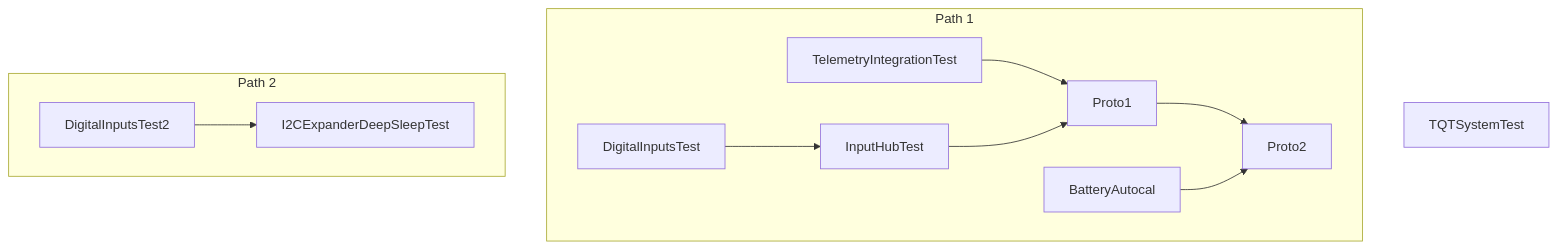
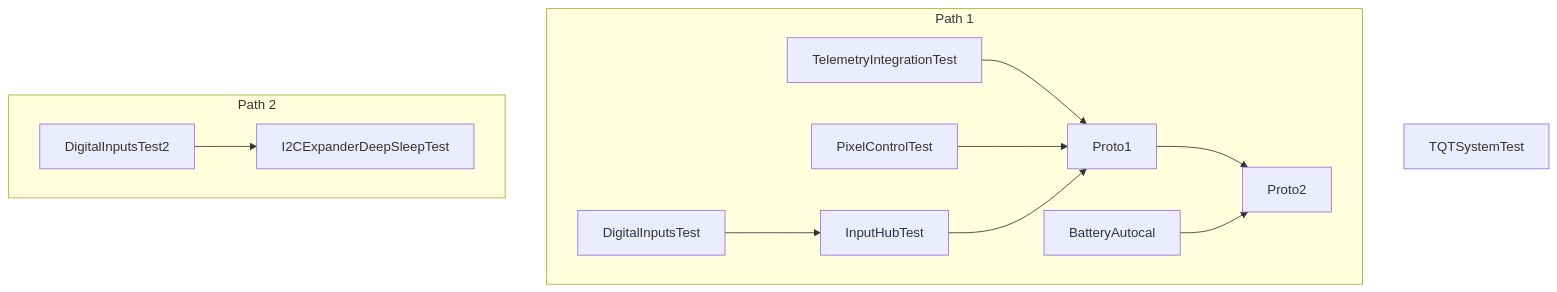
The diagram in src/QualityControls/IntegrationTests/README.md (afpineda/OpenSourceSimWheelESP32), drawn with Mermaid before and after one commit. The commit also changed other lines of this file and 14 other files, not shown here.

Commit message:
Implement pixel control

````diff
--- a/src/QualityControls/IntegrationTests/README.md
+++ b/src/QualityControls/IntegrationTests/README.md
@@ -11,12 +11,13 @@
 ```mermaid
 flowchart TD
     subgraph Path 1
         TelemetryIntegrationTest --> Proto1
+        PixelControlTest --> Proto1
         DigitalInputsTest --> InputHubTest --> Proto1 --> Proto2
         BatteryAutocal --> Proto2
     end
     subgraph Path 2
         DigitalInputsTest2 --> I2CExpanderDeepSleepTest
     end
     TQTSystemTest
 ```
````
